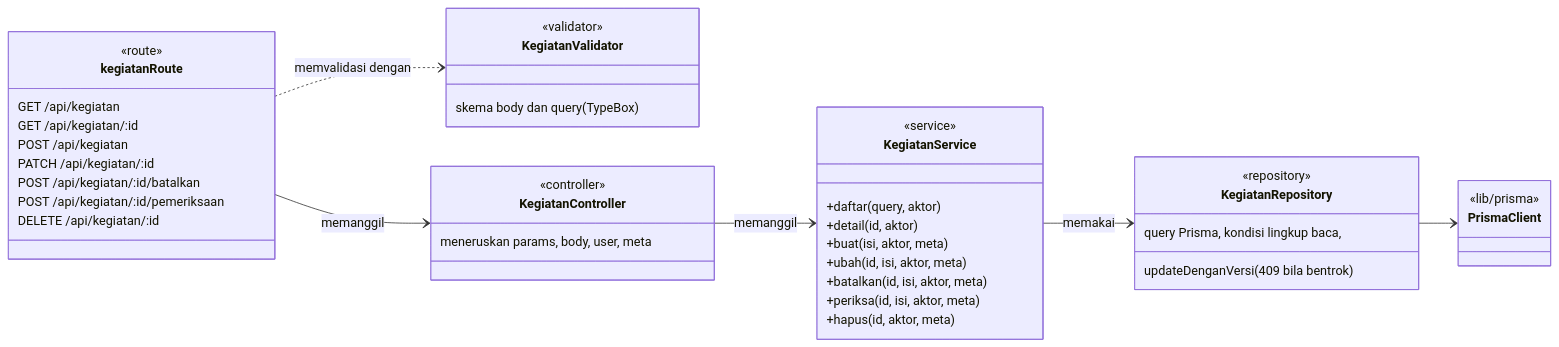
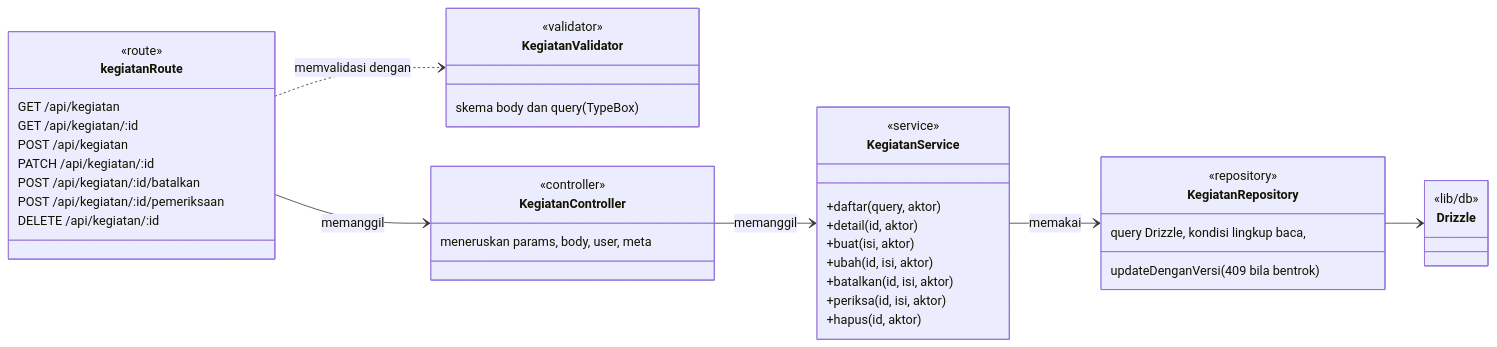
The second of 2 diagrams in docs/uml/04-class.md (AhmadsTechDev/kegiatan-kominfo), drawn with Mermaid before and after one commit. The commit also changed other lines of this file and 75 other files, not shown here.

First line of the commit message:
refactor: migrate backend from Prisma to Drizzle ORM

````diff
--- a/docs/uml/04-class.md
+++ b/docs/uml/04-class.md
@@ -124,47 +124,47 @@
 ```mermaid
 classDiagram
     direction LR
 
     class kegiatanRoute {
         <<route>>
         GET /api/kegiatan
         GET /api/kegiatan/:id
         POST /api/kegiatan
         PATCH /api/kegiatan/:id
         POST /api/kegiatan/:id/batalkan
         POST /api/kegiatan/:id/pemeriksaan
         DELETE /api/kegiatan/:id
     }
     class KegiatanValidator {
         <<validator>>
         skema body dan query (TypeBox)
     }
     class KegiatanController {
         <<controller>>
         meneruskan params, body, user, meta
     }
     class KegiatanService {
         <<service>>
         +daftar(query, aktor)
         +detail(id, aktor)
-        +buat(isi, aktor, meta)
-        +ubah(id, isi, aktor, meta)
-        +batalkan(id, isi, aktor, meta)
-        +periksa(id, isi, aktor, meta)
-        +hapus(id, aktor, meta)
+        +buat(isi, aktor)
+        +ubah(id, isi, aktor)
+        +batalkan(id, isi, aktor)
+        +periksa(id, isi, aktor)
+        +hapus(id, aktor)
     }
     class KegiatanRepository {
         <<repository>>
-        query Prisma, kondisi lingkup baca,
+        query Drizzle, kondisi lingkup baca,
         updateDenganVersi (409 bila bentrok)
     }
-    class PrismaClient {
-        <<lib/prisma>>
+    class Drizzle {
+        <<lib/db>>
     }
 
     kegiatanRoute ..> KegiatanValidator : memvalidasi dengan
     kegiatanRoute --> KegiatanController : memanggil
     KegiatanController --> KegiatanService : memanggil
     KegiatanService --> KegiatanRepository : memakai
-    KegiatanRepository --> PrismaClient
+    KegiatanRepository --> Drizzle
 ```
````
